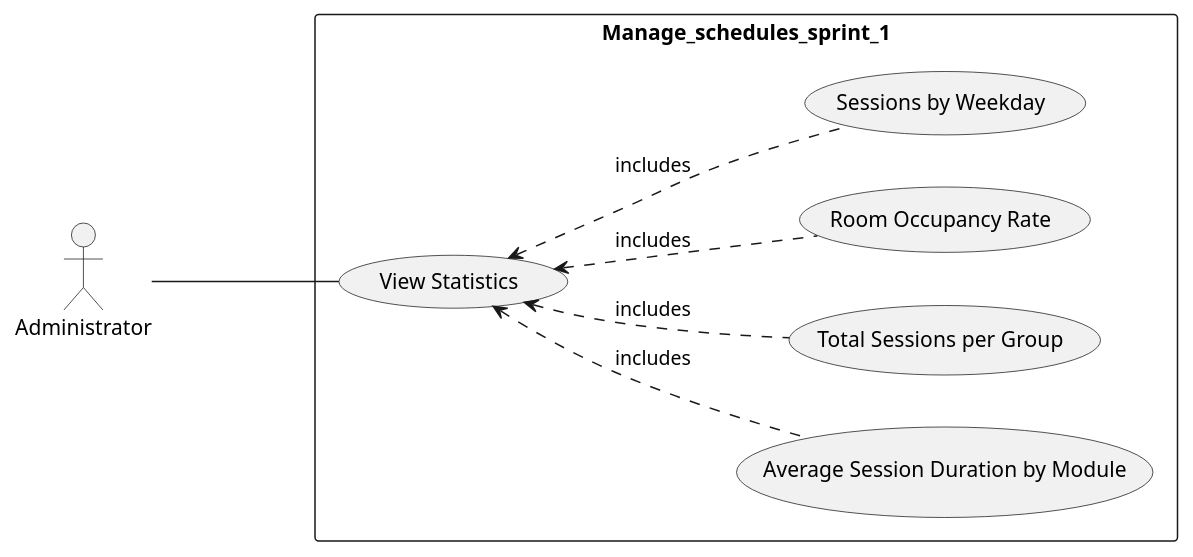
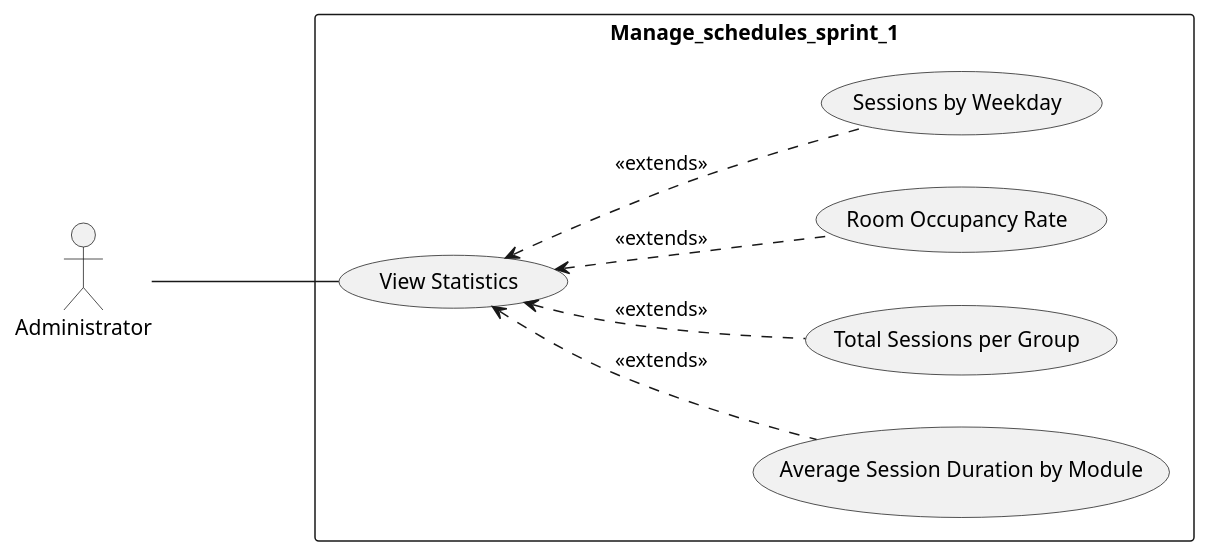
The diagram in Analyse/usecase_sprint_1.puml (yahya-Boussakla/File-Rouge), drawn with PlantUML before and after one commit. The commit also changed 1 other file, not shown here.

```diff
--- a/Analyse/usecase_sprint_1.puml
+++ b/Analyse/usecase_sprint_1.puml
@@ -1,20 +1,20 @@
 @startuml
 left to right direction
 actor "Administrator" as fc
 rectangle Manage_schedules_sprint_1 {
   usecase "View Statistics" as UC1
   usecase "Average Session Duration by Module" as UC3
   usecase "Total Sessions per Group" as UC4
   usecase "Room Occupancy Rate" as UC5
   usecase "Sessions by Weekday" as UC6
 
 }
 
 fc --- UC1
-UC1 <-. UC3 : includes
-UC1 <-. UC4 : includes
-UC1 <-. UC5 : includes
-UC1 <-. UC6 : includes
+UC1 <-. UC3 : <<extends>>
+UC1 <-. UC4 : <<extends>>
+UC1 <-. UC5 : <<extends>>
+UC1 <-. UC6 : <<extends>>
 
 
 @enduml
```
